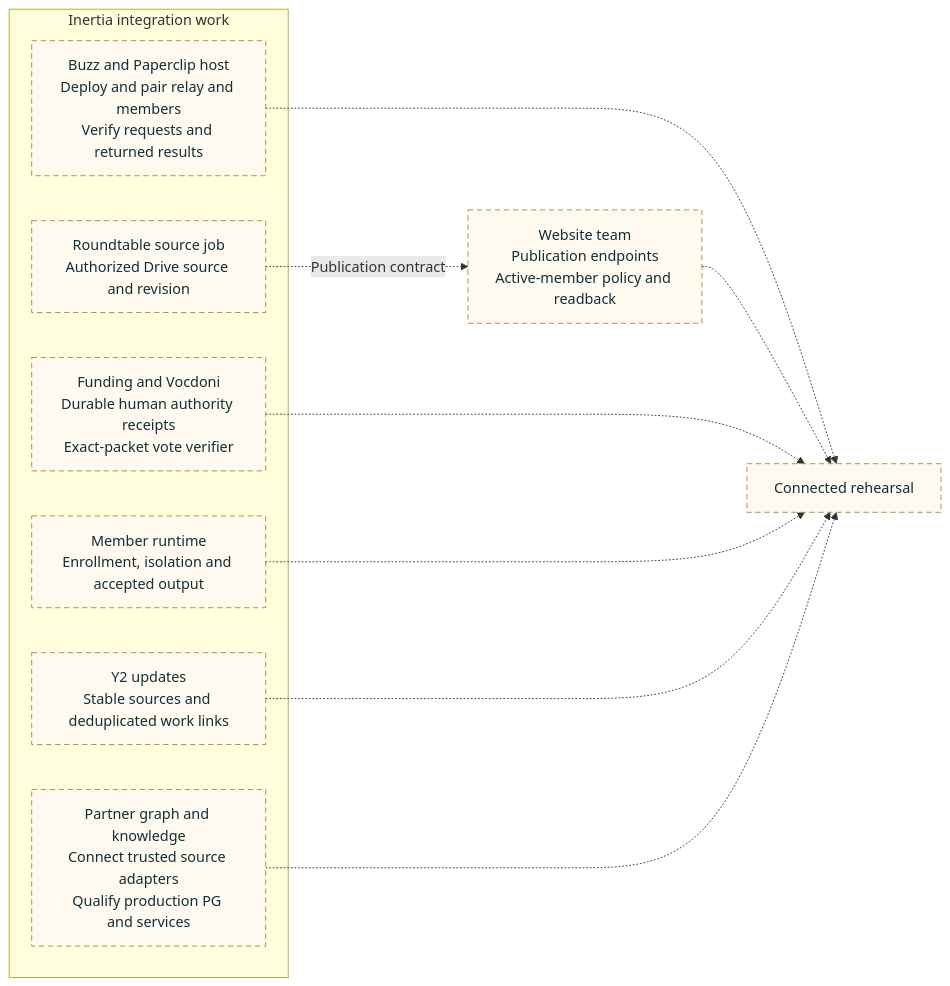
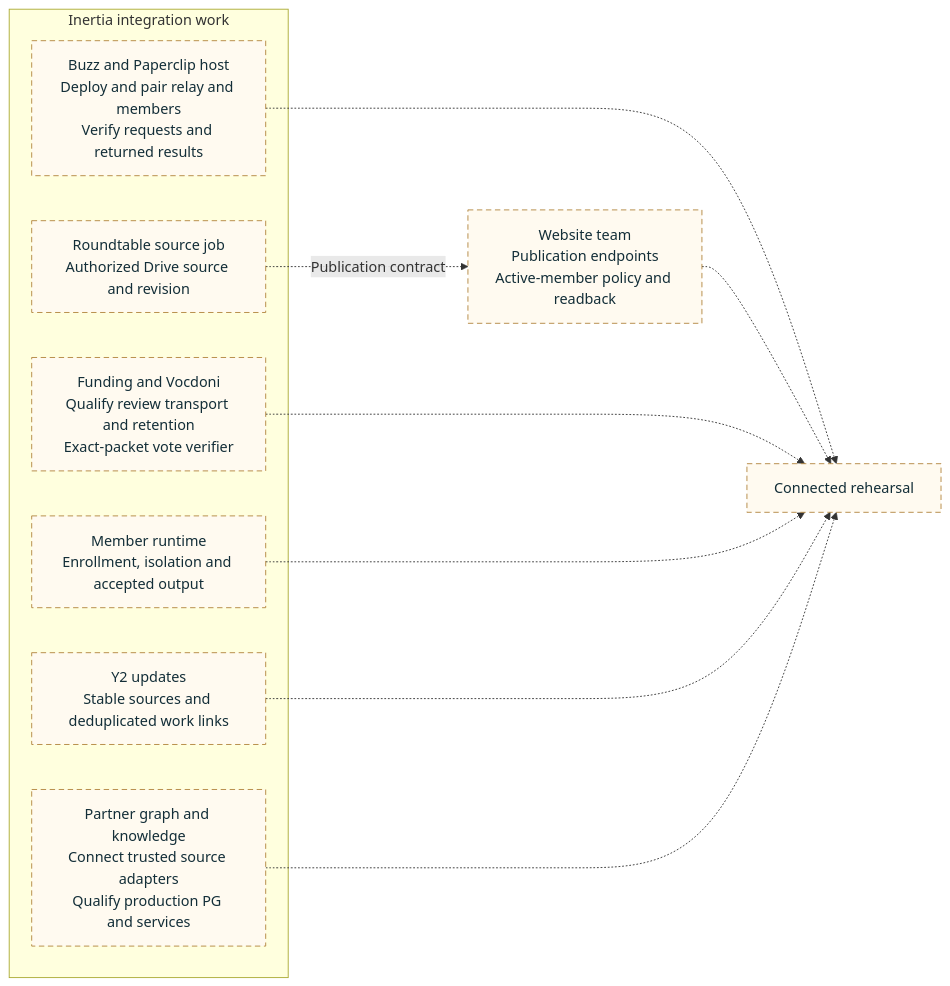
Before and after one commit to NetRxn/Inertia: the diagram in docs/architecture/diagrams/dependency-roadmap.mmd, drawn with Mermaid. The commit also changed 21 other files, not shown here.

Commit message:
docs: synchronize durable review completion and activation requirements

```diff
--- a/docs/architecture/diagrams/dependency-roadmap.mmd
+++ b/docs/architecture/diagrams/dependency-roadmap.mmd
@@ -1,23 +1,23 @@
 flowchart LR
  subgraph Inertia[Inertia integration work]
  B["Buzz and Paperclip host<br/>Deploy and pair relay and members<br/>Verify requests and returned results"]
  R["Roundtable source job<br/>Authorized Drive source and revision"]
- G["Funding and Vocdoni<br/>Durable human authority receipts<br/>Exact-packet vote verifier"]
+ G["Funding and Vocdoni<br/>Qualify review transport and retention<br/>Exact-packet vote verifier"]
  C["Member runtime<br/>Enrollment, isolation and accepted output"]
  Y["Y2 updates<br/>Stable sources and deduplicated work links"]
  K["Partner graph and knowledge<br/>Connect trusted source adapters<br/>Qualify production PG and services"]
  end
  W["Website team<br/>Publication endpoints<br/>Active-member policy and readback"]
  R -.->|Publication contract| W
  B -.-> DEMO["Connected rehearsal"]
  W -.-> DEMO
  G -.-> DEMO
  C -.-> DEMO
  Y -.-> DEMO
  K -.-> DEMO
  class B,R,G,C,Y,K,W,DEMO planned
 
  classDef core fill:#e7f1ee,stroke:#157d80,color:#132e38,stroke-width:2px
  classDef planned fill:#fffaf0,stroke:#b1853e,color:#132e38,stroke-dasharray:6 4
  classDef reviewed fill:#f5f0ff,stroke:#8064a2,color:#132e38
  classDef store fill:#edf2f7,stroke:#61788b,color:#132e38
```
